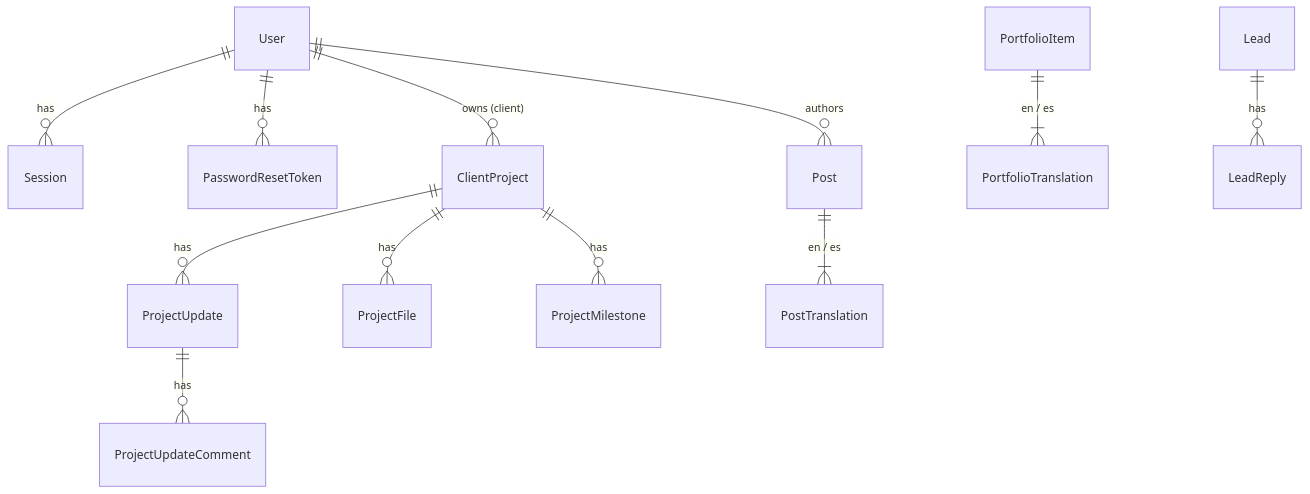
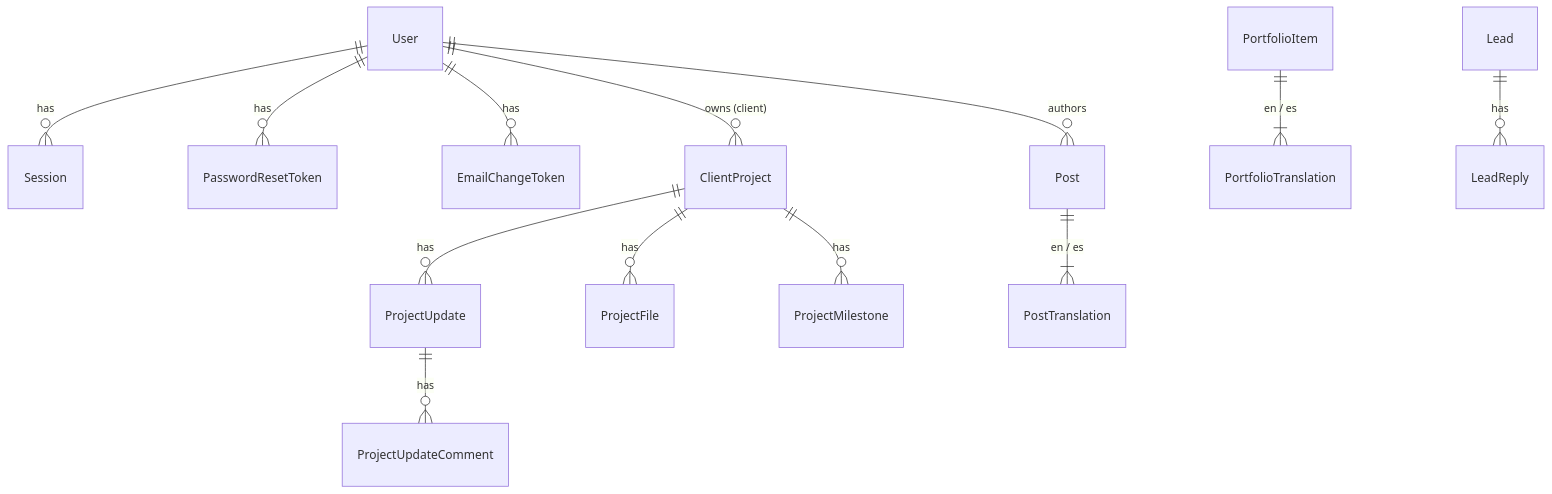
The second of 3 diagrams in docs/architecture.md (Codeqlick/Codeqlick), drawn with Mermaid before and after one commit. The commit also changed other lines of this file and 20 other files, not shown here.

````diff
--- a/docs/architecture.md
+++ b/docs/architecture.md
@@ -141,14 +141,15 @@
 ```mermaid
 erDiagram
   User ||--o{ Session : has
   User ||--o{ PasswordResetToken : has
+  User ||--o{ EmailChangeToken : has
   User ||--o{ ClientProject : "owns (client)"
   User ||--o{ Post : authors
   ClientProject ||--o{ ProjectUpdate : has
   ClientProject ||--o{ ProjectFile : has
   ClientProject ||--o{ ProjectMilestone : has
   ProjectUpdate ||--o{ ProjectUpdateComment : has
   Post ||--|{ PostTranslation : "en / es"
   PortfolioItem ||--|{ PortfolioTranslation : "en / es"
   Lead ||--o{ LeadReply : has
 ```
````
